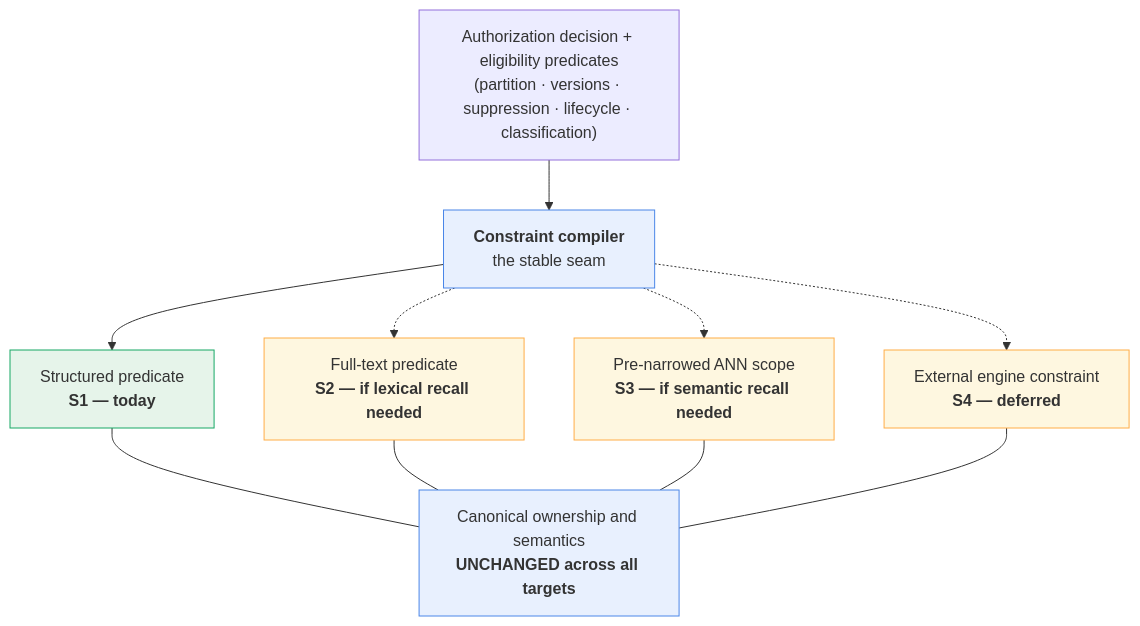
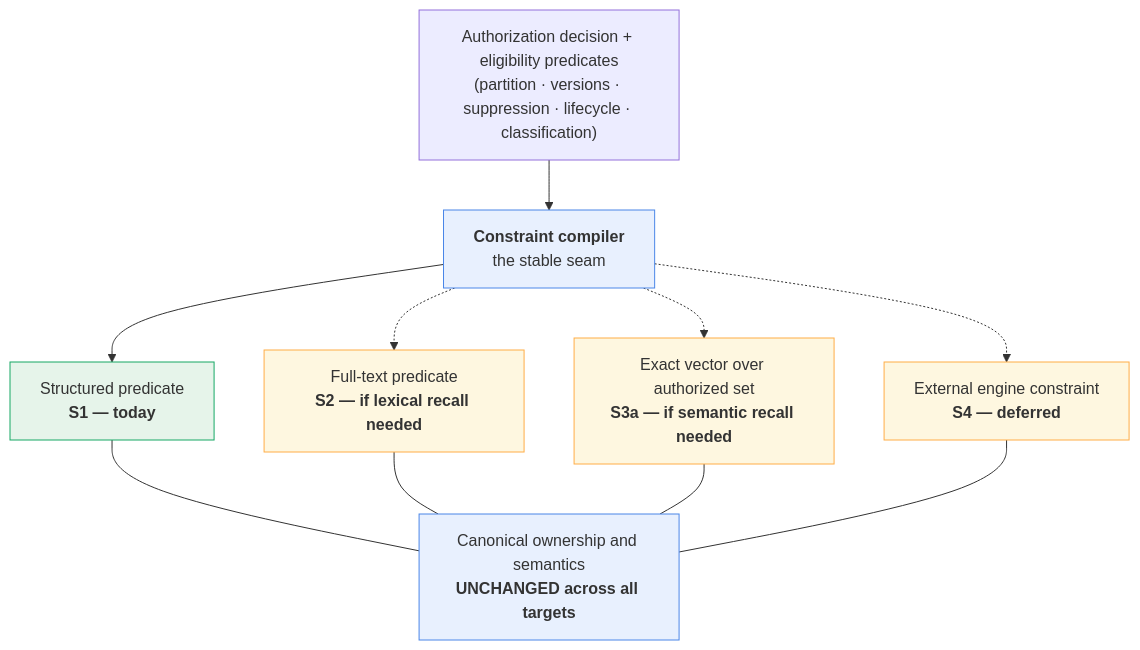
One commit to EKvargas/episteck_home changed the third of 3 diagrams in docs/architecture/proposals/KNOWLEDGE_TECHNOLOGY_GATE_PHASE1.md. Above: the diagram before and after it, drawn with Mermaid. The commit also changed other lines of this file and 2 other files, not shown here.

````diff
--- a/docs/architecture/proposals/KNOWLEDGE_TECHNOLOGY_GATE_PHASE1.md
+++ b/docs/architecture/proposals/KNOWLEDGE_TECHNOLOGY_GATE_PHASE1.md
@@ -721,25 +834,25 @@
 ```mermaid
 flowchart TB
   DEC["Authorization decision + eligibility predicates<br/>(partition · versions · suppression · lifecycle · classification)"]
   CC["<b>Constraint compiler</b><br/>the stable seam"]
   T1["Structured predicate<br/><b>S1 — today</b>"]
   T2["Full-text predicate<br/><b>S2 — if lexical recall needed</b>"]
-  T3["Pre-narrowed ANN scope<br/><b>S3 — if semantic recall needed</b>"]
+  T3["Exact vector over authorized set<br/><b>S3a — if semantic recall needed</b>"]
   T4["External engine constraint<br/><b>S4 — deferred</b>"]
   DEC --> CC
   CC --> T1
   CC -.-> T2
   CC -.-> T3
   CC -.-> T4
   CANON["Canonical ownership and semantics<br/><b>UNCHANGED across all targets</b>"]
   T1 --- CANON
   T2 --- CANON
   T3 --- CANON
   T4 --- CANON
   classDef now fill:#e6f4ea,stroke:#16a765;
   classDef later fill:#fef7e0,stroke:#ffad47;
   classDef anchor fill:#e8f0fe,stroke:#4a86e8;
   class T1 now;
   class T2,T3,T4 later;
   class CANON,CC anchor;
 ```
````
